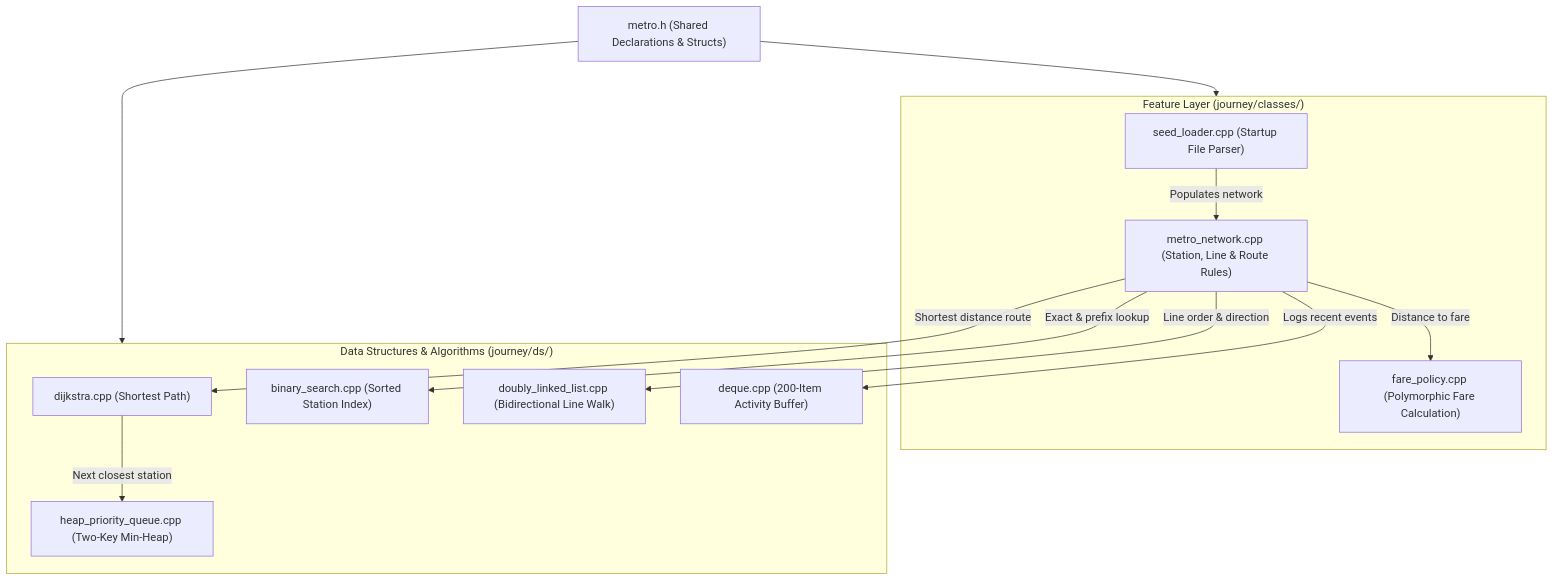
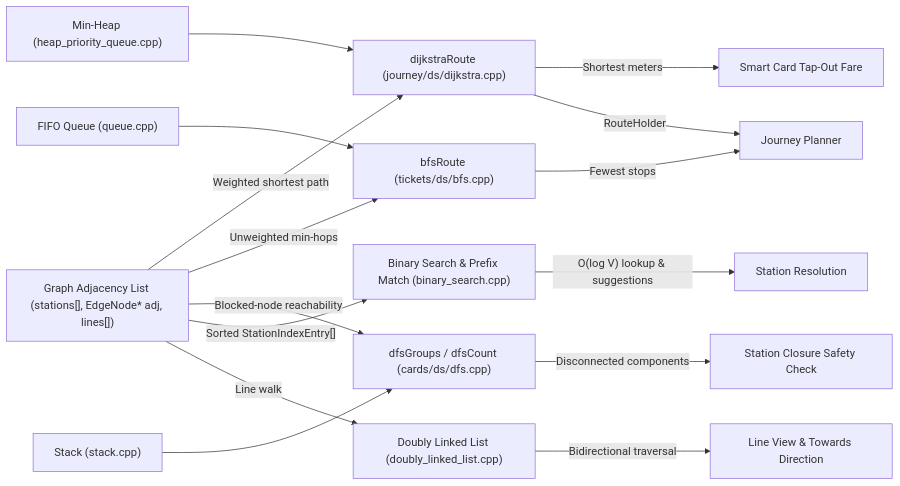
The second of 3 diagrams in README.md (Hardikrawat05/Metro-Transit-System-PBL), drawn with Mermaid before and after one commit. The commit also changed other lines of this file and 39 other files, not shown here.

````diff
--- a/README.md
+++ b/README.md
@@ -74,28 +90,23 @@
 ```mermaid
-flowchart TD
-    Header["metro.h (Shared Declarations & Structs)"]
-    Header --> Classes
-    Header --> DS
+flowchart LR
+    Graph["Graph Adjacency List (stations[], EdgeNode* adj, lines[])"]
 
-    subgraph Classes["Feature Layer (journey/classes/)"]
-        Seed["seed_loader.cpp (Startup File Parser)"]
-        Net["metro_network.cpp (Station, Line & Route Rules)"]
-        Fare["fare_policy.cpp (Polymorphic Fare Calculation)"]
-    end
+    Graph -->|"Weighted shortest path"| Dijkstra["dijkstraRoute (journey/ds/dijkstra.cpp)"]
+    Heap["Min-Heap (heap_priority_queue.cpp)"] --> Dijkstra
+    Dijkstra -->|"Shortest meters"| CardFare["Smart Card Tap-Out Fare"]
+    Dijkstra -->|"RouteHolder"| RoutePlan["Journey Planner"]
 
-    subgraph DS["Data Structures & Algorithms (journey/ds/)"]
-        Dijkstra["dijkstra.cpp (Shortest Path)"]
-        Heap["heap_priority_queue.cpp (Two-Key Min-Heap)"]
-        BinSearch["binary_search.cpp (Sorted Station Index)"]
-        DList["doubly_linked_list.cpp (Bidirectional Line Walk)"]
-        Deque["deque.cpp (200-Item Activity Buffer)"]
-    end
+    Graph -->|"Unweighted min-hops"| BFS["bfsRoute (tickets/ds/bfs.cpp)"]
+    Queue["FIFO Queue (queue.cpp)"] --> BFS
+    BFS -->|"Fewest stops"| RoutePlan
 
-    Seed -->|"Populates network"| Net
-    Net -->|"Exact & prefix lookup"| BinSearch
-    Net -->|"Shortest distance route"| Dijkstra
-    Dijkstra -->|"Next closest station"| Heap
-    Net -->|"Line order & direction"| DList
-    Net -->|"Distance to fare"| Fare
-    Net -->|"Logs recent events"| Deque
+    Graph -->|"Blocked-node reachability"| DFS["dfsGroups / dfsCount (cards/ds/dfs.cpp)"]
+    Stack["Stack (stack.cpp)"] --> DFS
+    DFS -->|"Disconnected components"| Safety["Station Closure Safety Check"]
+
+    Graph -->|"Sorted StationIndexEntry[]"| BinSearch["Binary Search & Prefix Match (binary_search.cpp)"]
+    BinSearch -->|"O(log V) lookup & suggestions"| Lookup["Station Resolution"]
+
+    Graph -->|"Line walk"| DList["Doubly Linked List (doubly_linked_list.cpp)"]
+    DList -->|"Bidirectional traversal"| LineView["Line View & Towards Direction"]
 ```
````
